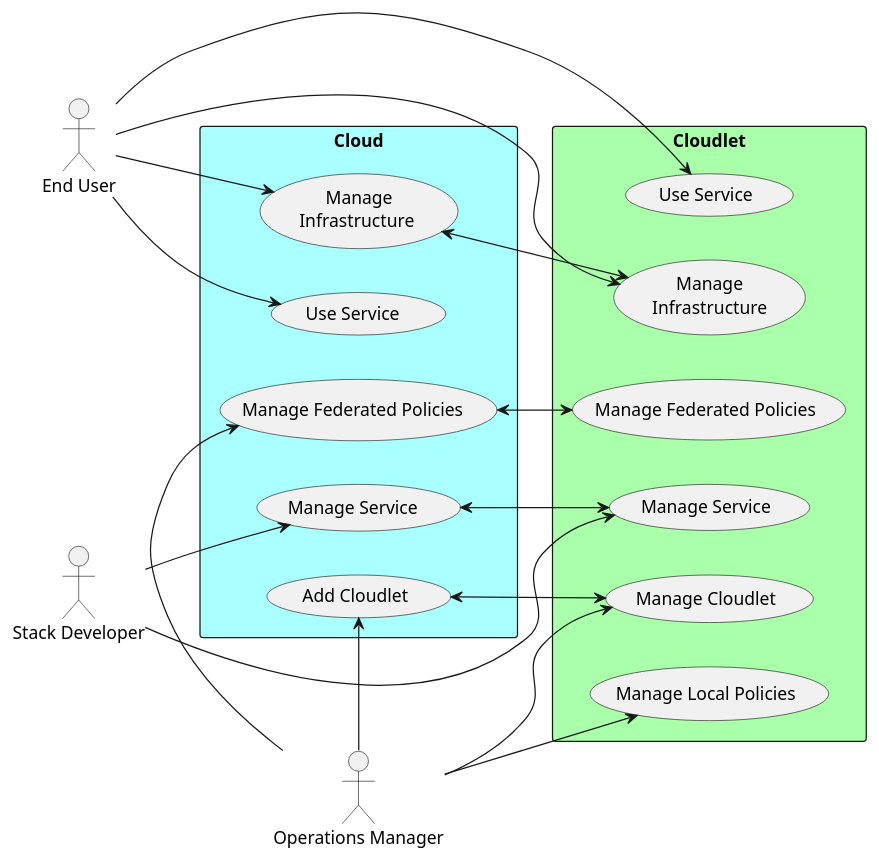
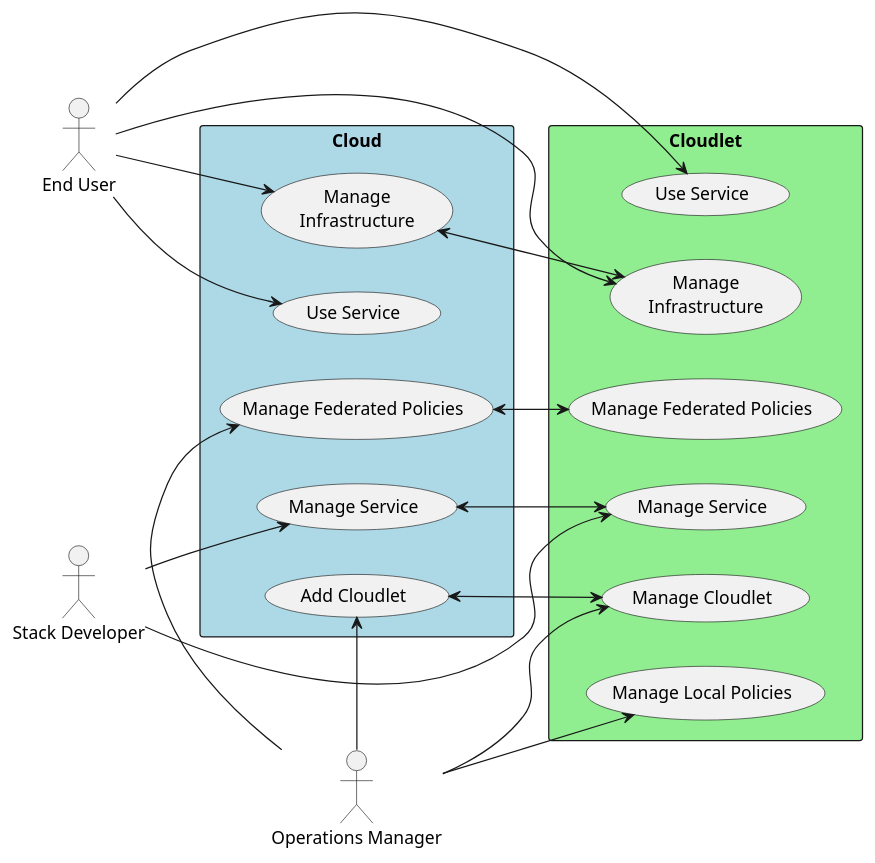
One commit to CAADE/CloudLet changed the diagram in docs/UseCases/UseCases.puml. Above: the diagram before and after it, drawn with PlantUML. The commit also changed 74 other files, not shown here.

```diff
--- a/docs/UseCases/UseCases.puml
+++ b/docs/UseCases/UseCases.puml
@@ -1,45 +1,45 @@
 @startuml
 :Operations Manager: as Ops
 :End User: as User
 :Stack Developer: as Stack
 
 
 left to right direction
 
-rectangle "Cloudlet" #aaffaa {
+rectangle "Cloudlet" #lightgreen {
 (Manage Cloudlet) as (RC1)
 (Manage Local Policies) as (ULP)
 (Manage Federated Policies) as (USP)
 (Use Service) as US
 (Manage Service) as RS
 (Manage\nInfrastructure) as RI
 
 Ops --> RC1
 Ops --> ULP
 User -> RI
 
 }
 
 
-rectangle "Cloud" #aaffff {
+rectangle "Cloud" #lightblue {
 (Add Cloudlet) as (AC1)
-(Manage Federated Policies ) as UCP
-(Use Service ) as USA
-(Manage Service ) as RSA
-(Manage\nInfrastructure ) as RIM
+(Manage Federated Policies) as UCP
+(Use Service) as USA
+(Manage Service) as RSA
+(Manage\nInfrastructure)  as RIM
 Ops -> AC1
 AC1 <--> RC1
 Ops -> UCP
 UCP <--> USP
 RIM <--> RI
 User -> RIM
 }
 
 User --> US
 User --> USA
 
 Stack --> RS
 Stack --> RSA
 RS <--> RSA
 
 @enduml
```
